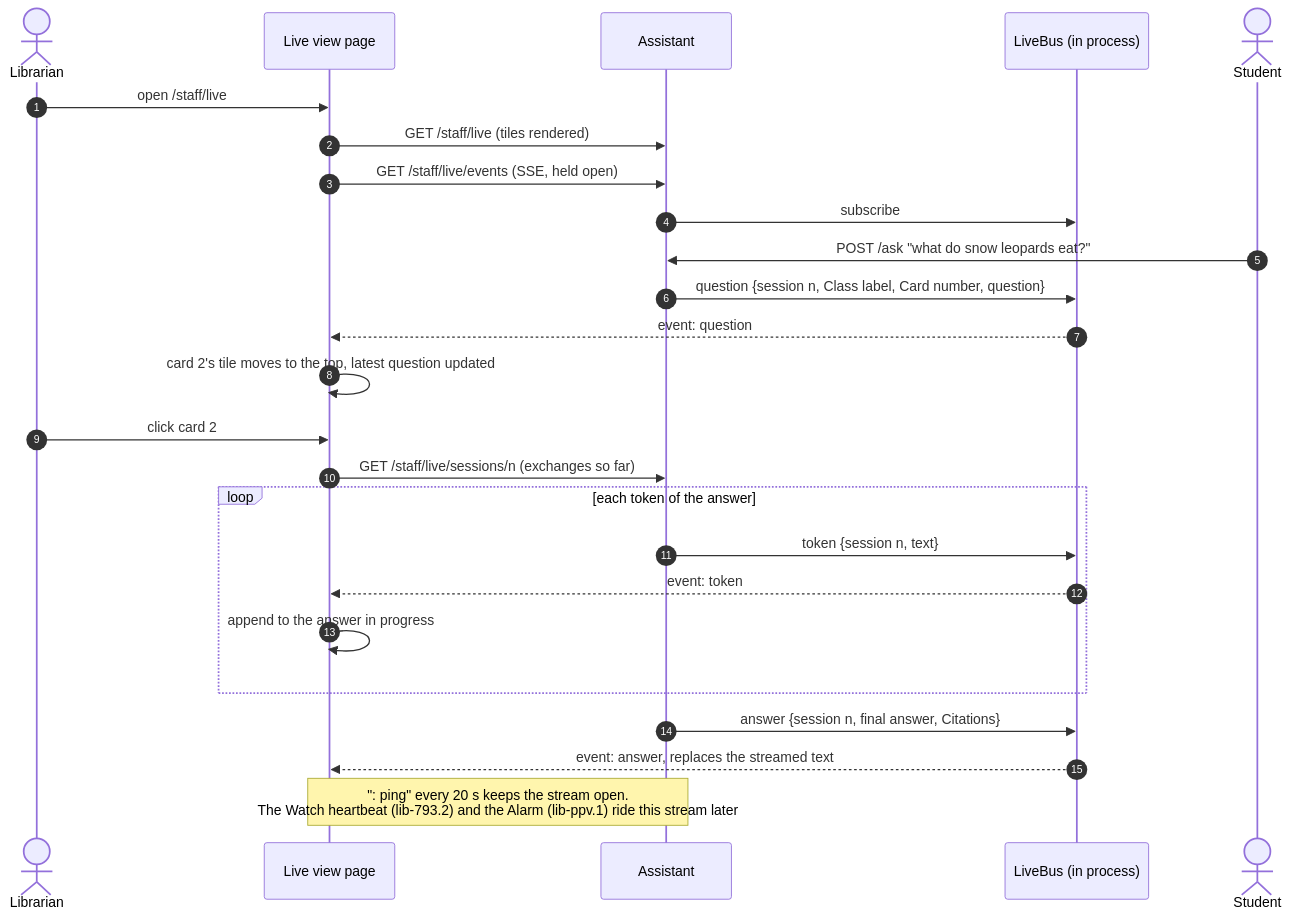
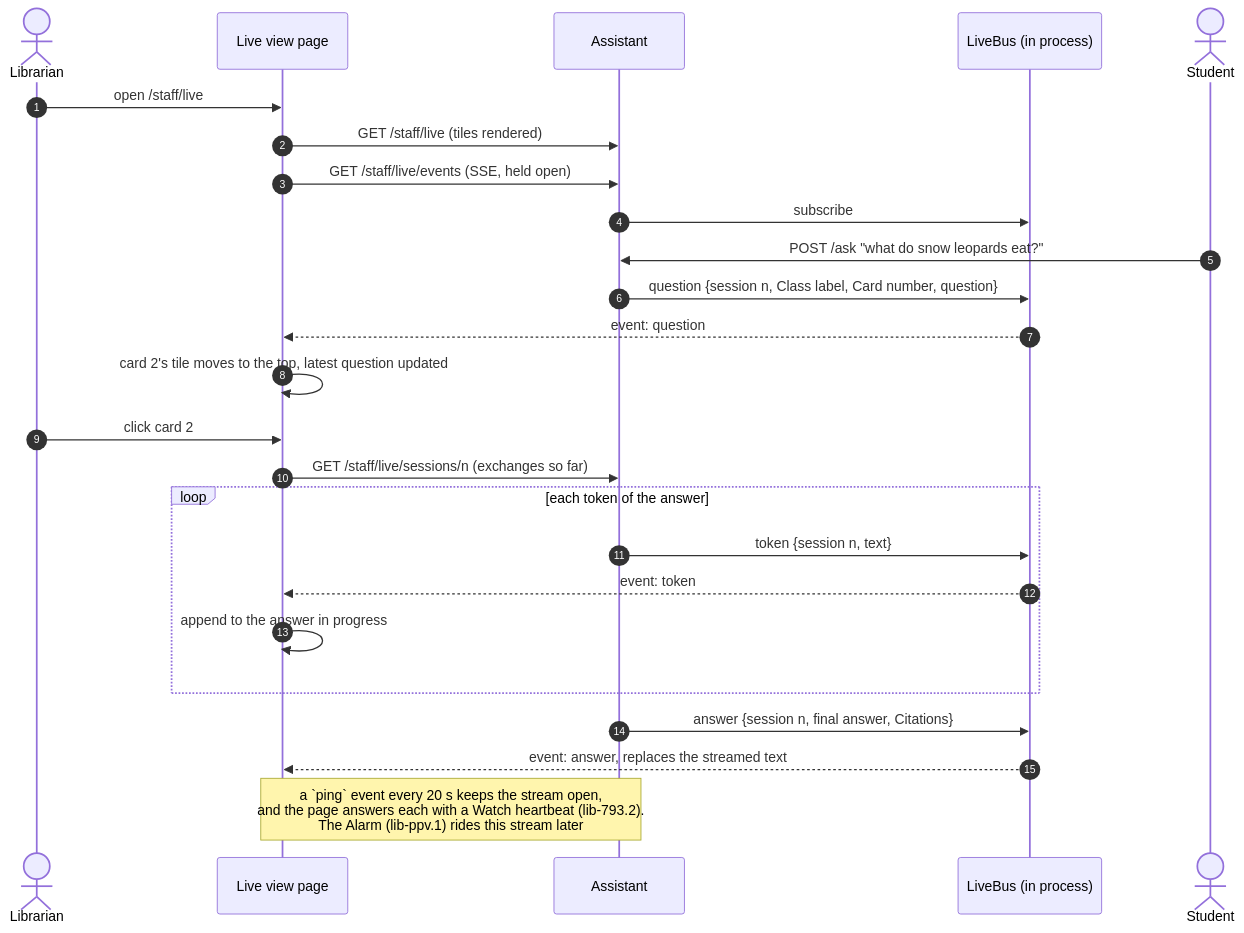
The second of 3 diagrams in docs/design/live-view.md (imkarrer/library-ai-lab), drawn with Mermaid before and after one commit. The commit also changed other lines of this file and 9 other files, not shown here.

First line of the commit message:
lib-793.2: One Install-wide Watch with watchers, heartbeat, and lapse

````diff
--- a/docs/design/live-view.md
+++ b/docs/design/live-view.md
@@ -41,28 +41,28 @@
 ```mermaid
 sequenceDiagram
     autonumber
     actor L as Librarian
     participant LV as Live view page
     participant A as Assistant
     participant Bus as LiveBus (in process)
     actor S as Student
 
     L->>LV: open /staff/live
     LV->>A: GET /staff/live (tiles rendered)
     LV->>A: GET /staff/live/events (SSE, held open)
     A->>Bus: subscribe
     S->>A: POST /ask "what do snow leopards eat?"
     A->>Bus: question {session n, Class label, Card number, question}
     Bus-->>LV: event: question
     LV->>LV: card 2's tile moves to the top, latest question updated
     L->>LV: click card 2
     LV->>A: GET /staff/live/sessions/n (exchanges so far)
     loop each token of the answer
         A->>Bus: token {session n, text}
         Bus-->>LV: event: token
         LV->>LV: append to the answer in progress
     end
     A->>Bus: answer {session n, final answer, Citations}
     Bus-->>LV: event: answer, replaces the streamed text
-    Note over A,LV: ": ping" every 20 s keeps the stream open.<br/>The Watch heartbeat (lib-793.2) and the Alarm (lib-ppv.1) ride this stream later
+    Note over A,LV: a `ping` event every 20 s keeps the stream open,<br/>and the page answers each with a Watch heartbeat (lib-793.2).<br/>The Alarm (lib-ppv.1) rides this stream later
 ```
````
